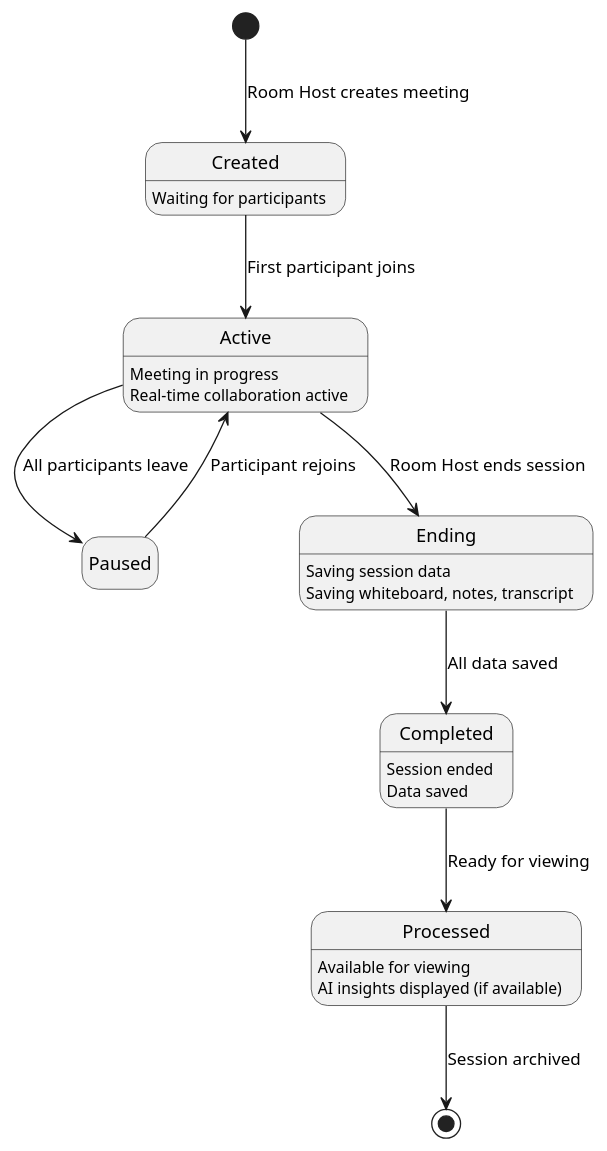
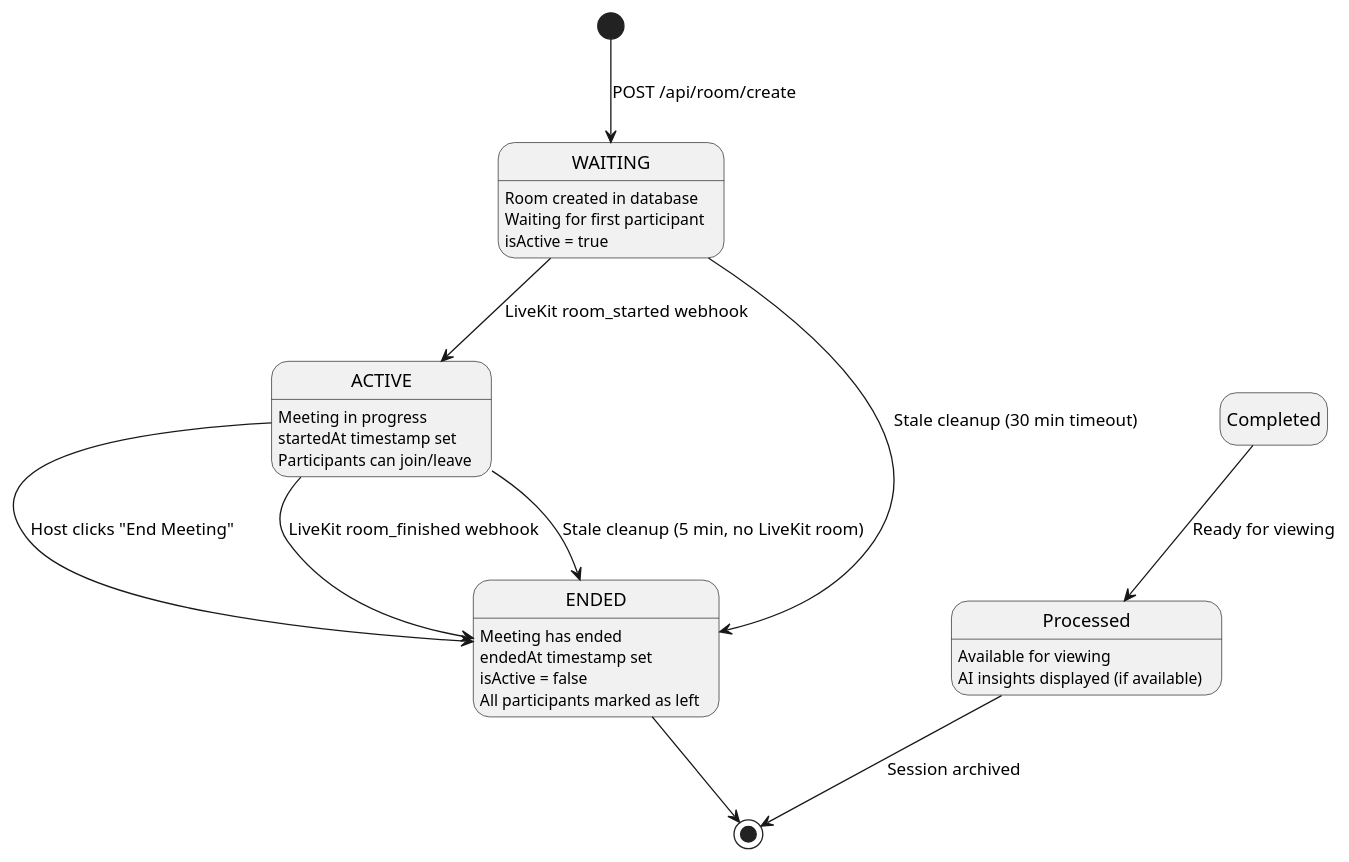
Before and after one commit to pho-veteran/stoom: diagram 14 of 17 in stoom-app/reports.md, drawn with PlantUML. The commit also changed other lines of this file and 39 other files, not shown here.

First line of the commit message:
feat: implement LiveKit real-time meeting with room lifecycle management

````diff
--- a/stoom-app/reports.md
+++ b/stoom-app/reports.md
@@ -894,37 +963,39 @@
 ```plantuml
 @startuml
 skinparam monochrome true
 skinparam shadowing false
 hide empty description
 
-[*] --> Created : Room Host creates meeting
+[*] --> WAITING : POST /api/room/create
 
-Created : Waiting for participants
+WAITING : Room created in database
+WAITING : Waiting for first participant
+WAITING : isActive = true
 
-Created --> Active : First participant joins
+WAITING --> ACTIVE : LiveKit room_started webhook
+WAITING --> ENDED : Stale cleanup (30 min timeout)
 
-Active : Meeting in progress
-Active : Real-time collaboration active
+ACTIVE : Meeting in progress
+ACTIVE : startedAt timestamp set
+ACTIVE : Participants can join/leave
 
-Active --> Paused : All participants leave
-Paused --> Active : Participant rejoins
+ACTIVE --> ENDED : Host clicks "End Meeting"
+ACTIVE --> ENDED : LiveKit room_finished webhook
+ACTIVE --> ENDED : Stale cleanup (5 min, no LiveKit room)
 
-Active --> Ending : Room Host ends session
+ENDED : Meeting has ended
+ENDED : endedAt timestamp set
+ENDED : isActive = false
+ENDED : All participants marked as left
 
-Ending : Saving session data
-Ending : Saving whiteboard, notes, transcript
-
-Ending --> Completed : All data saved
-
-Completed : Session ended
-Completed : Data saved
+ENDED --> [*]
 
 Completed --> Processed : Ready for viewing
 
 Processed : Available for viewing
 Processed : AI insights displayed (if available)
 
 Processed --> [*] : Session archived
 
 @enduml
 ```
````
